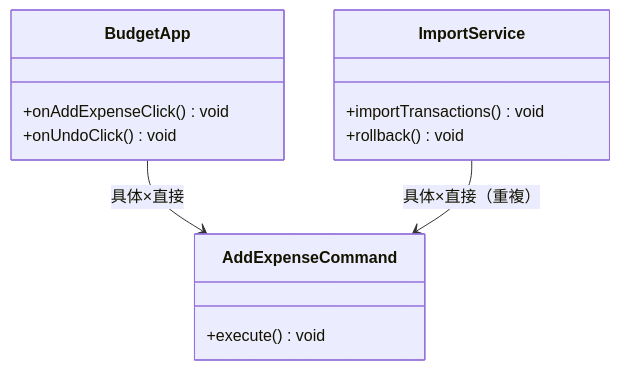
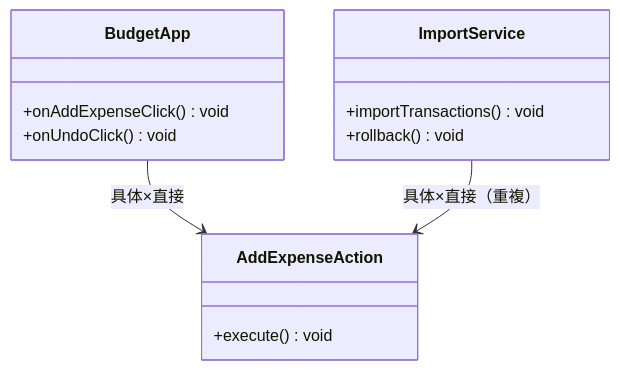
Before and after one commit to kumachan1101-pixel/DesignPattern: the fifth of 10 diagrams in kindle/design-patterns/output/chapter05.md, drawn with Mermaid. The commit also changed other lines of this file and 1 other file, not shown here.

````diff
--- a/kindle/design-patterns/output/chapter05.md
+++ b/kindle/design-patterns/output/chapter05.md
@@ -541,16 +542,16 @@
 ```mermaid
 classDiagram
     class BudgetApp {
         +onAddExpenseClick() void
         +onUndoClick() void
     }
     class ImportService {
         +importTransactions() void
         +rollback() void
     }
-    class AddExpenseCommand {
+    class AddExpenseAction {
         +execute() void
     }
-    BudgetApp --> AddExpenseCommand : 具体×直接
-    ImportService --> AddExpenseCommand : 具体×直接（重複）
+    BudgetApp --> AddExpenseAction : 具体×直接
+    ImportService --> AddExpenseAction : 具体×直接（重複）
 ```
````
